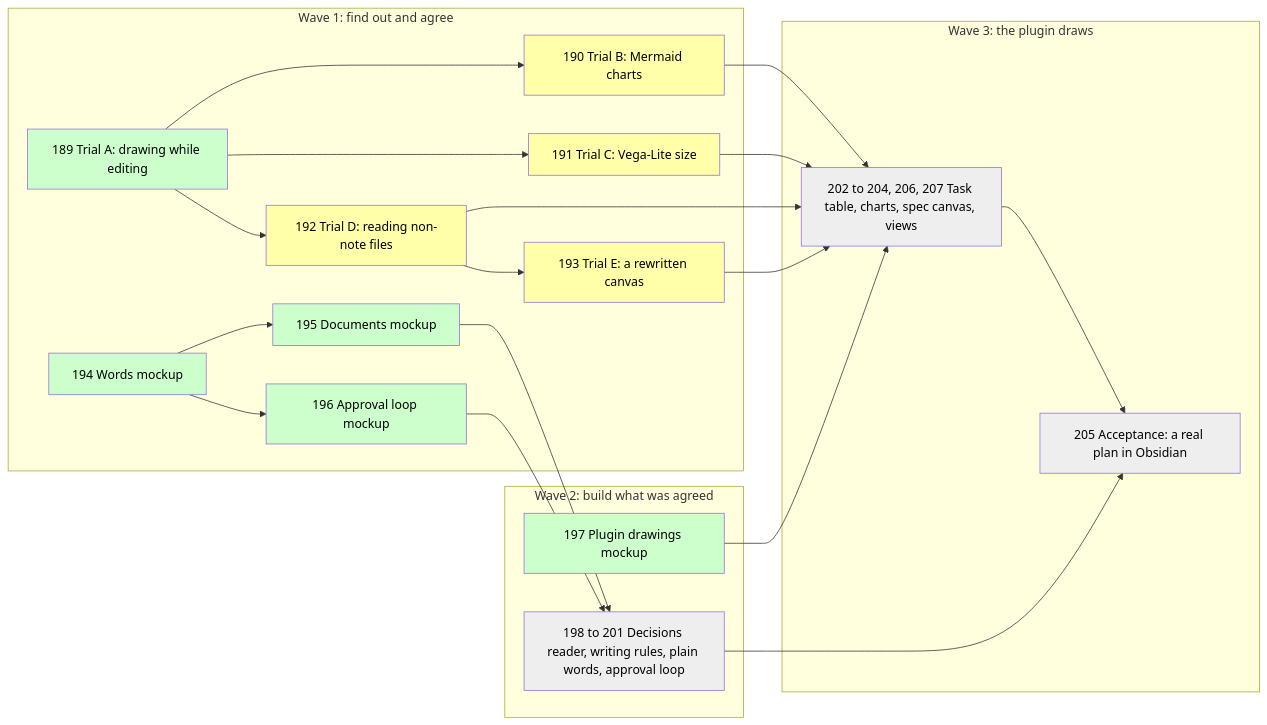
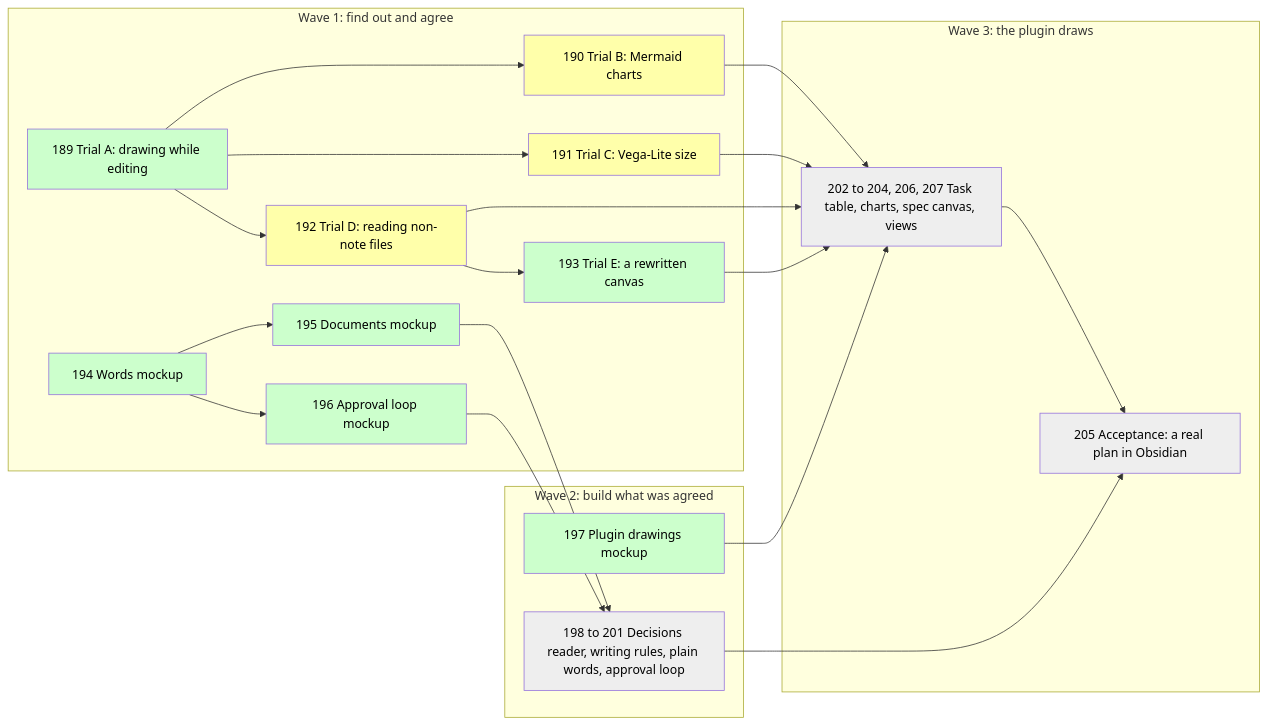
Before and after one commit to hodor/claude-compass: the diagram in .compass/plans/PLAN-024-working-in-compass-is-visual.md, drawn with Mermaid. The commit also changed other lines of this file and 3 other files, not shown here.

First line of the commit message:
Trial E recorded: an open canvas reloads a rewritten file; outside renames leave stale card paths

````diff
--- a/.compass/plans/PLAN-024-working-in-compass-is-visual.md
+++ b/.compass/plans/PLAN-024-working-in-compass-is-visual.md
@@ -26,30 +26,30 @@
 ```mermaid
 flowchart LR
   subgraph W1["Wave 1: find out and agree"]
     T189["189 Trial A: drawing while editing"]:::done
     T190["190 Trial B: Mermaid charts"]:::open
     T191["191 Trial C: Vega-Lite size"]:::open
     T192["192 Trial D: reading non-note files"]:::open
-    T193["193 Trial E: a rewritten canvas"]:::open
+    T193["193 Trial E: a rewritten canvas"]:::done
     T194["194 Words mockup"]:::done
     T195["195 Documents mockup"]:::done
     T196["196 Approval loop mockup"]:::done
   end
   subgraph W2["Wave 2: build what was agreed"]
     T197["197 Plugin drawings mockup"]:::done
     B["198 to 201 Decisions reader, writing rules, plain words, approval loop"]:::later
   end
   subgraph W3["Wave 3: the plugin draws"]
     V["202 to 204, 206, 207 Task table, charts, spec canvas, views"]:::later
     A["205 Acceptance: a real plan in Obsidian"]:::later
   end
   T189 --> T190 & T191 & T192
   T192 --> T193
   T194 --> T195 & T196
   T190 & T191 & T192 & T193 & T197 --> V
   T195 & T196 --> B
   V & B --> A
   classDef done fill:#cfc,color:#000
   classDef open fill:#ffa,color:#000
   classDef later fill:#eee,color:#000
 ```
````
